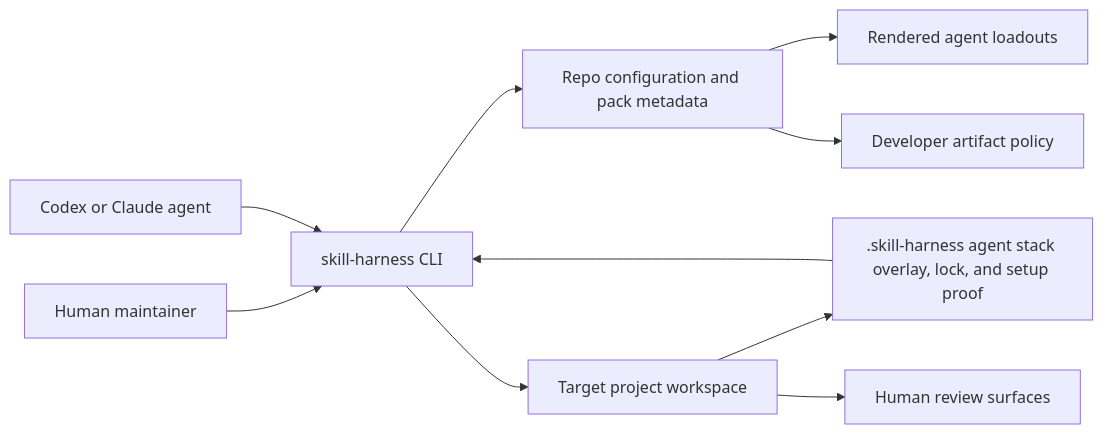
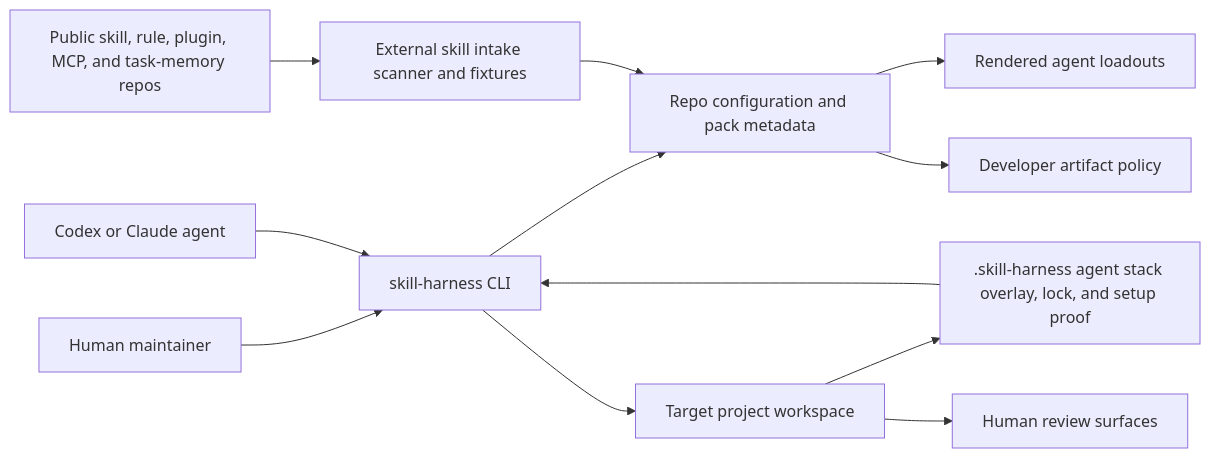
One commit to 45ck/skill-harness changed the diagram in docs/artifacts/source/models/sh-system-context.md. Above: the diagram before and after it, drawn with Mermaid. The commit also changed other lines of this file and 47 other files, not shown here.

Commit message:
Add external skill intake fixtures

````diff
--- a/docs/artifacts/source/models/sh-system-context.md
+++ b/docs/artifacts/source/models/sh-system-context.md
@@ -43,12 +49,14 @@
 ```mermaid
 flowchart LR
   Human["Human maintainer"] --> CLI["skill-harness CLI"]
   Agent["Codex or Claude agent"] --> CLI
   CLI --> Config["Repo configuration and pack metadata"]
   CLI --> Target["Target project workspace"]
+  PublicEcosystems["Public skill, rule, plugin, MCP, and task-memory repos"] --> Intake["External skill intake scanner and fixtures"]
+  Intake --> Config
   Target --> Stack[".skill-harness agent stack overlay, lock, and setup proof"]
   Stack --> CLI
   Config --> Agents["Rendered agent loadouts"]
   Config --> Artifacts["Developer artifact policy"]
   Target --> Review["Human review surfaces"]
 ```
````
